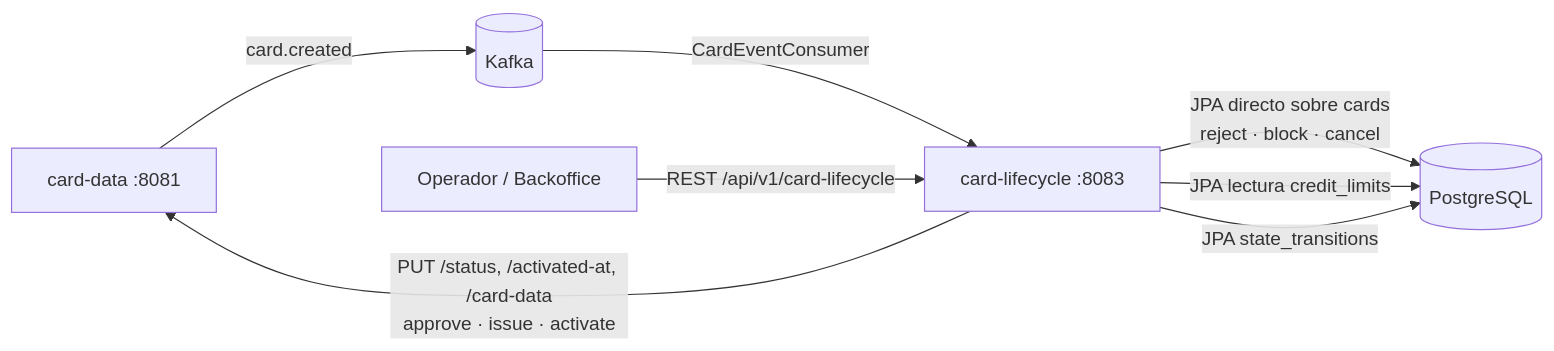
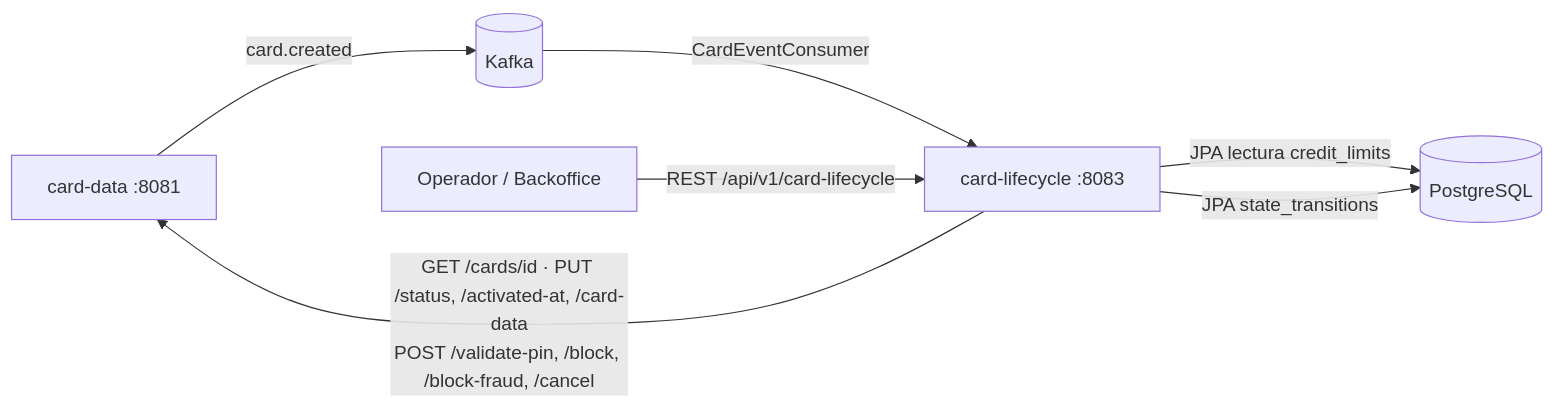
One commit to creditcard-managment/card-managment-service changed the first of 5 diagrams in docs/technical/LIFECYCLE.md. Above: the diagram before and after it, drawn with Mermaid. The commit also changed other lines of this file and 3 other files, not shown here.

First line of the commit message:
docs: update LIFECYCLE, DATA, EVENTS and PAYMENT for the new lifecycle flow

````diff
--- a/docs/technical/LIFECYCLE.md
+++ b/docs/technical/LIFECYCLE.md
@@ -24,10 +24,9 @@
 ```mermaid
 flowchart LR
     CD[card-data :8081] -->|card.created| K[(Kafka)]
     K -->|CardEventConsumer| CL[card-lifecycle :8083]
     Op[Operador / Backoffice] -->|REST /api/v1/card-lifecycle| CL
-    CL -->|PUT /status, /activated-at, /card-data<br/>approve · issue · activate| CD
-    CL -->|JPA directo sobre cards<br/>reject · block · cancel| DB[(PostgreSQL)]
-    CL -->|JPA lectura credit_limits| DB
+    CL -->|GET /cards/id · PUT /status, /activated-at, /card-data<br/>POST /validate-pin, /block, /block-fraud, /cancel| CD
+    CL -->|JPA lectura credit_limits| DB[(PostgreSQL)]
     CL -->|JPA state_transitions| DB
 ```
````
